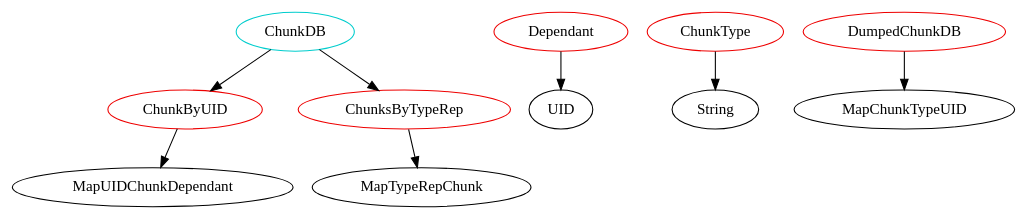
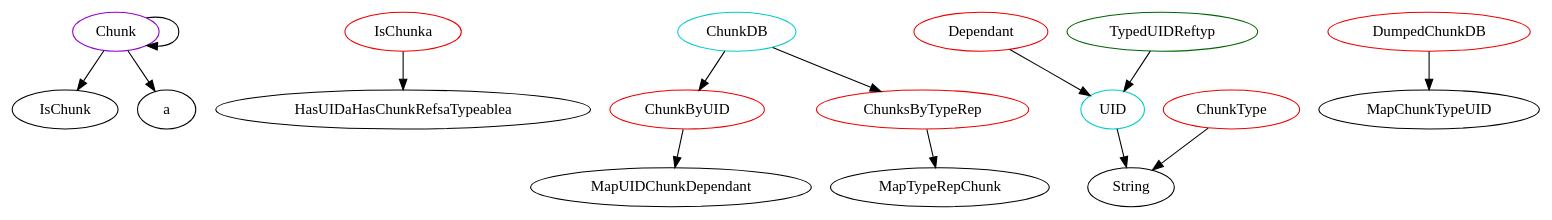
The diagram in analysis/TypeDependencyGraphs/database.dot (JacquesCarette/Drasil), drawn with Graphviz before and after one commit. The commit also changed 1088 other files, not shown here.

```diff
--- a/analysis/TypeDependencyGraphs/database.dot
+++ b/analysis/TypeDependencyGraphs/database.dot
@@ -1,35 +1,57 @@
 digraph alltypes {
+	subgraph cunkh {
+		subgraph chunk{
+		Chunk	[shape=oval, color=darkviolet, label="Chunk"];
+		Chunk -> IsChunk;
+		Chunk -> a;
+		Chunk -> Chunk;
+		}
+		subgraph ischunka{
+		IsChunka	[shape=oval, color=red2, label="IsChunka"];
+		IsChunka -> HasUIDaHasChunkRefsaTypeablea;
+		}
+	}
 	subgraph cunkdbh {
 		subgraph chunkdb{
 		ChunkDB	[shape=oval, color=cyan3, label="ChunkDB"];
 		ChunkDB -> ChunkByUID;
 		ChunkDB -> ChunksByTypeRep;
 		}
 		subgraph dependant{
 		Dependant	[shape=oval, color=red2, label="Dependant"];
 		Dependant -> UID;
 		}
 		subgraph chunkbyuid{
 		ChunkByUID	[shape=oval, color=red2, label="ChunkByUID"];
 		ChunkByUID -> MapUIDChunkDependant;
 		}
 		subgraph chunksbytyperep{
 		ChunksByTypeRep	[shape=oval, color=red2, label="ChunksByTypeRep"];
 		ChunksByTypeRep -> MapTypeRepChunk;
 		}
 	}
 	subgraph dump {
 		subgraph chunktype{
 		ChunkType	[shape=oval, color=red2, label="ChunkType"];
 		ChunkType -> String;
 		}
 		subgraph dumpedchunkdb{
 		DumpedChunkDB	[shape=oval, color=red2, label="DumpedChunkDB"];
 		DumpedChunkDB -> MapChunkTypeUID;
 		}
 	}
 	subgraph typeduidref {
+		subgraph typeduidreftyp{
+		TypedUIDReftyp	[shape=oval, color=darkgreen, label="TypedUIDReftyp"];
+		TypedUIDReftyp -> UID;
+		}
 	}
-	subgraph drails {
+	subgraph uid {
+		subgraph uid{
+		UID	[shape=oval, color=cyan3, label="UID"];
+		UID -> String;
+		}
+	}
+	subgraph databaes {
 	}
 }
```
